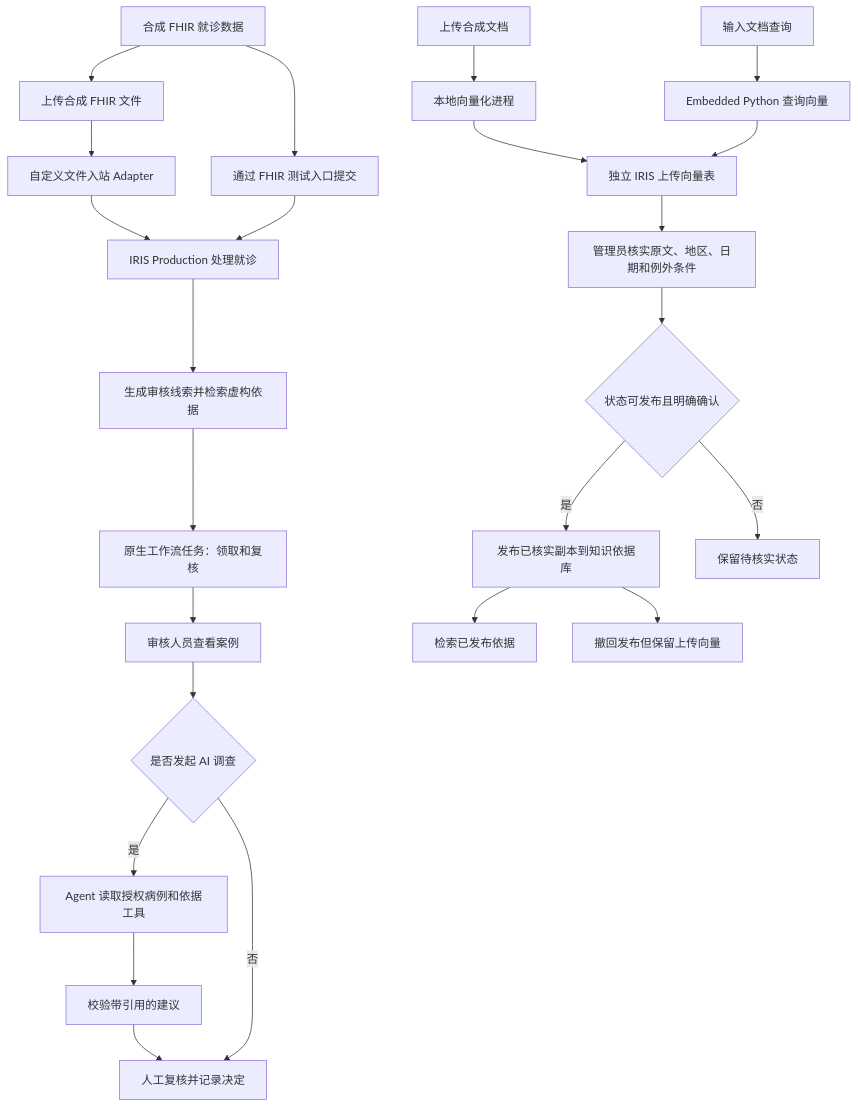
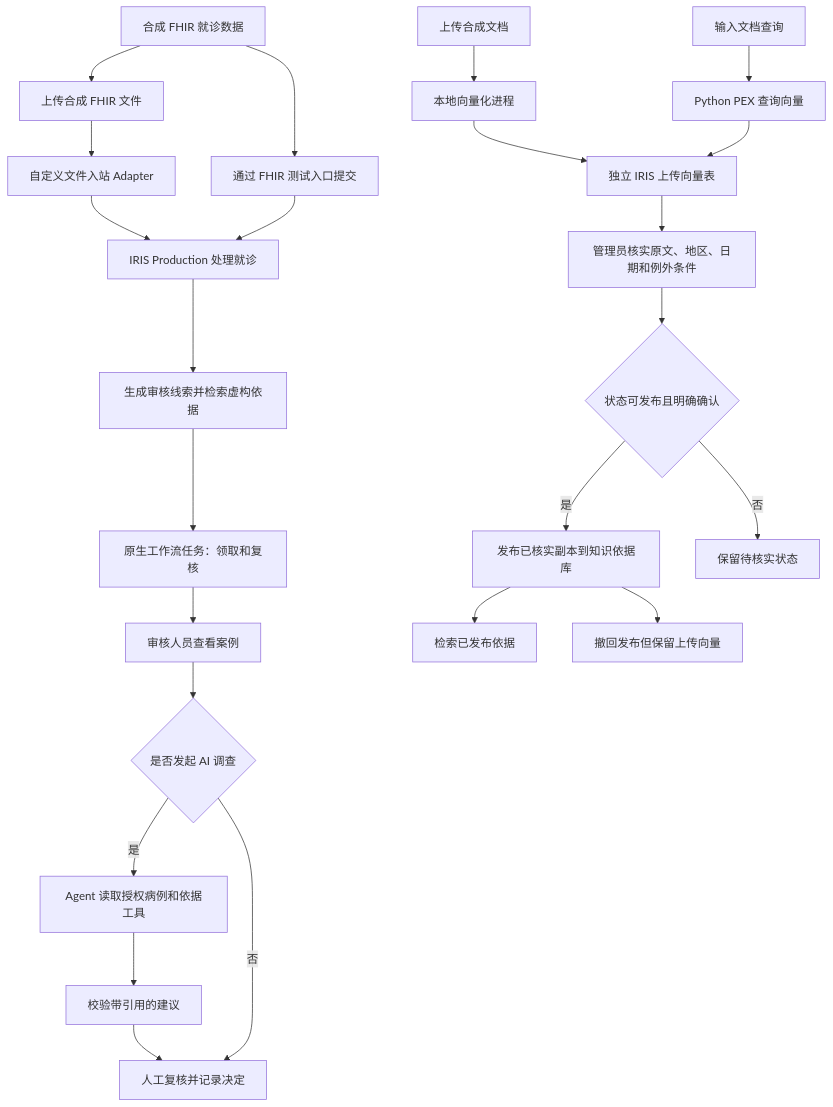
The first of 2 diagrams in README.zh-CN.md (boanerges1227/MedicalInsuranceAudit), drawn with Mermaid before and after one commit. The commit also changed other lines of this file and 10 other files, not shown here.

Commit message:
feat: run query embeddings through Python PEX

````diff
--- a/README.zh-CN.md
+++ b/README.zh-CN.md
@@ -50,26 +50,26 @@
 ```mermaid
 flowchart TD
     A[合成 FHIR 就诊数据] --> B[通过 FHIR 测试入口提交]
     A --> BF[上传合成 FHIR 文件]
     BF --> AD[自定义文件入站 Adapter]
     AD --> C[IRIS Production 处理就诊]
     B --> C
     C --> D[生成审核线索并检索虚构依据]
     D --> T[原生工作流任务：领取和复核]
     T --> E[审核人员查看案例]
     E --> F{是否发起 AI 调查}
     F -- 是 --> G[Agent 读取授权病例和依据工具]
     G --> H[校验带引用的建议]
     H --> I[人工复核并记录决定]
     F -- 否 --> I
     J[上传合成文档] --> K[本地向量化进程]
     K --> L[独立 IRIS 上传向量表]
-    Q[输入文档查询] --> P[Embedded Python 查询向量]
+    Q[输入文档查询] --> P[Python PEX 查询向量]
     P --> L
     L --> M[管理员核实原文、地区、日期和例外条件]
     M --> N{状态可发布且明确确认}
     N -- 是 --> O[发布已核实副本到知识依据库]
     N -- 否 --> R[保留待核实状态]
     O --> S[检索已发布依据]
     O --> W[撤回发布但保留上传向量]
 ```
````
